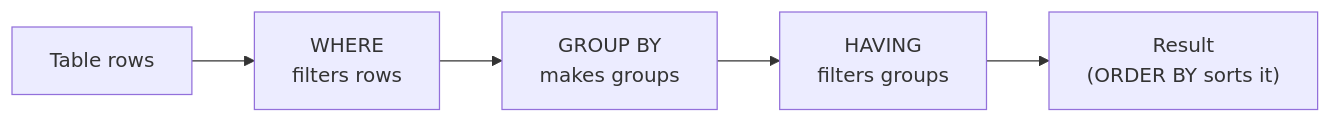
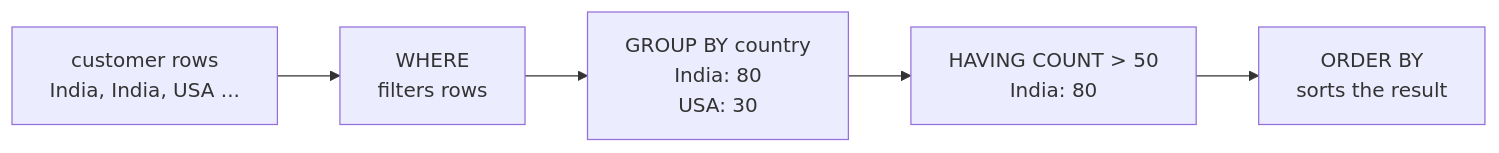
Before and after one commit to aaryan-pradhan/core-cs-fundamentals: the fourth of 9 diagrams in dbms/09-sql.md, drawn with Mermaid. The commit also changed other lines of this file, not shown here.

````diff
--- a/dbms/09-sql.md
+++ b/dbms/09-sql.md
@@ -177,4 +158,4 @@
-       ```mermaid
-       flowchart LR
-         T["Table rows"] --> W["WHERE<br/>filters rows"] --> G["GROUP BY<br/>makes groups"] --> H["HAVING<br/>filters groups"] --> O["Result<br/>(ORDER BY sorts it)"]
-       ```
+```mermaid
+flowchart LR
+  T["customer rows<br/>India, India, USA ..."] --> W["WHERE<br/>filters rows"] --> G["GROUP BY country<br/>India: 80<br/>USA: 30"] --> H["HAVING COUNT > 50<br/>India: 80"] --> O["ORDER BY<br/>sorts the result"]
+```
````
